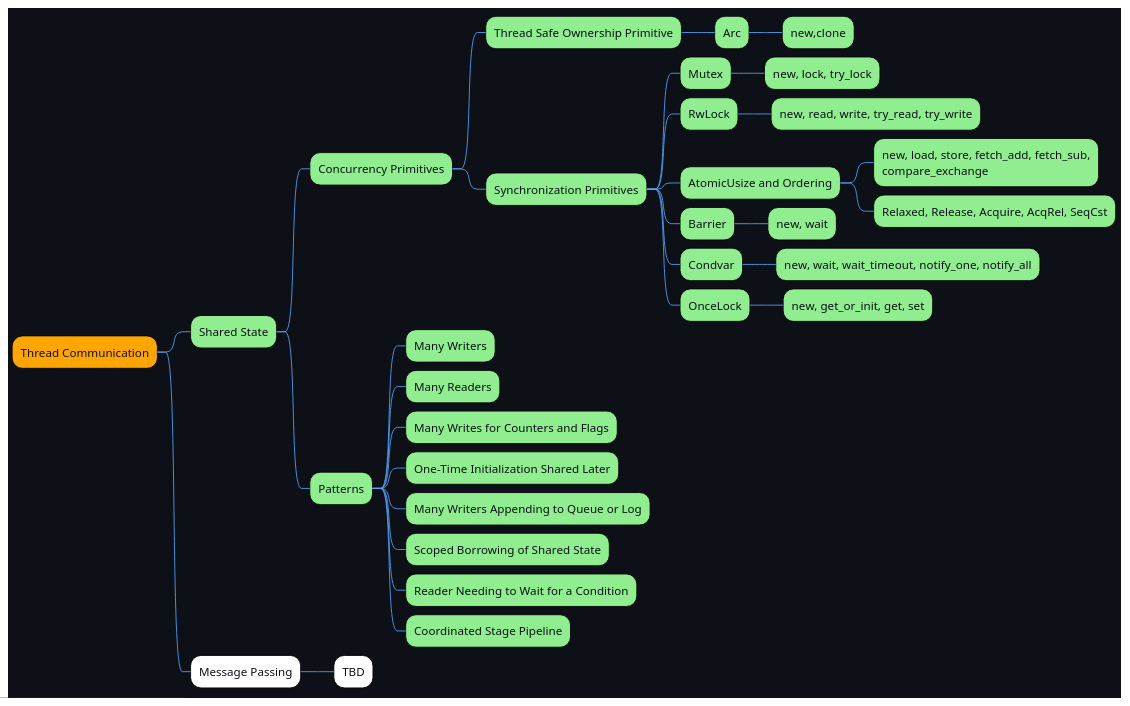
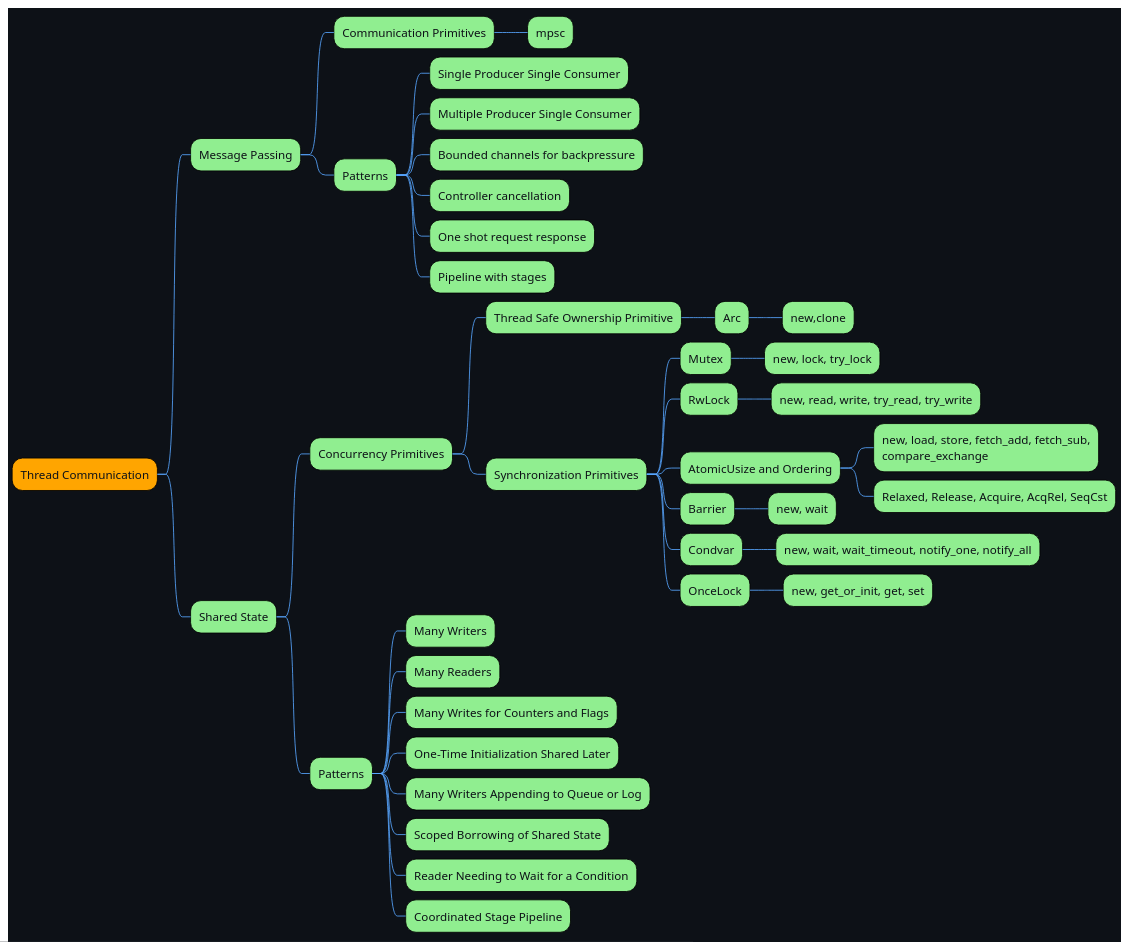
One commit to karthik947/rust-parallelism changed the diagram in src/document/docs.puml. Above: the diagram before and after it, drawn with PlantUML. The commit also changed 10 other files, not shown here.

Commit message:
message_passing patterns included

```diff
--- a/src/document/docs.puml
+++ b/src/document/docs.puml
@@ -1,40 +1,48 @@
 @startmindmap Thread Communication
 !theme plain
 skinparam backgroundColor #0d1117
 skinparam defaultFontColor #e6edf3
 skinparam ArrowColor #58a6ff
 skinparam LineColor #58a6ff
 skinparam RectangleBorderColor #58a6ff
 skinparam defaultFontColor #0d1117
 *[#Orange] Thread Communication
+**[#LightGreen] Message Passing
+***[#LightGreen] Communication Primitives
+****[#LightGreen] mpsc
+***[#LightGreen] Patterns
+****[#LightGreen] Single Producer Single Consumer
+****[#LightGreen] Multiple Producer Single Consumer
+****[#LightGreen] Bounded channels for backpressure
+****[#LightGreen] Controller cancellation
+****[#LightGreen] One shot request response
+****[#LightGreen] Pipeline with stages
 **[#LightGreen] Shared State
 ***[#LightGreen] Concurrency Primitives
 ****[#LightGreen] Thread Safe Ownership Primitive
 *****[#LightGreen] Arc
 ******[#LightGreen] new,clone
 ****[#LightGreen] Synchronization Primitives
 *****[#LightGreen] Mutex
 ******[#LightGreen] new, lock, try_lock
 *****[#LightGreen] RwLock
 ******[#LightGreen] new, read, write, try_read, try_write
 *****[#LightGreen] AtomicUsize and Ordering
 ******[#LightGreen] new, load, store, fetch_add, fetch_sub, compare_exchange
 ******[#LightGreen] Relaxed, Release, Acquire, AcqRel, SeqCst
 *****[#LightGreen] Barrier
 ******[#LightGreen] new, wait
 *****[#LightGreen] Condvar
 ******[#LightGreen] new, wait, wait_timeout, notify_one, notify_all
 *****[#LightGreen] OnceLock
 ******[#LightGreen] new, get_or_init, get, set
 ***[#LightGreen] Patterns
 ****[#LightGreen] Many Writers
 ****[#LightGreen] Many Readers
 ****[#LightGreen] Many Writes for Counters and Flags
 ****[#LightGreen] One-Time Initialization Shared Later
 ****[#LightGreen] Many Writers Appending to Queue or Log
 ****[#LightGreen] Scoped Borrowing of Shared State
 ****[#LightGreen] Reader Needing to Wait for a Condition
 ****[#LightGreen] Coordinated Stage Pipeline
-** Message Passing
-*** TBD
 @endmindmap
```
